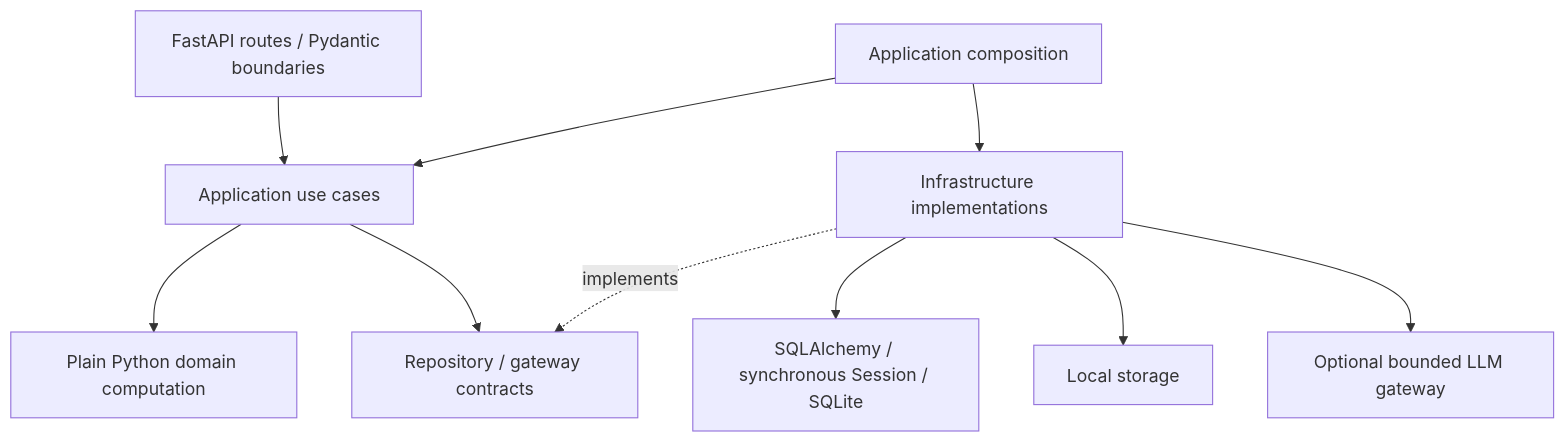
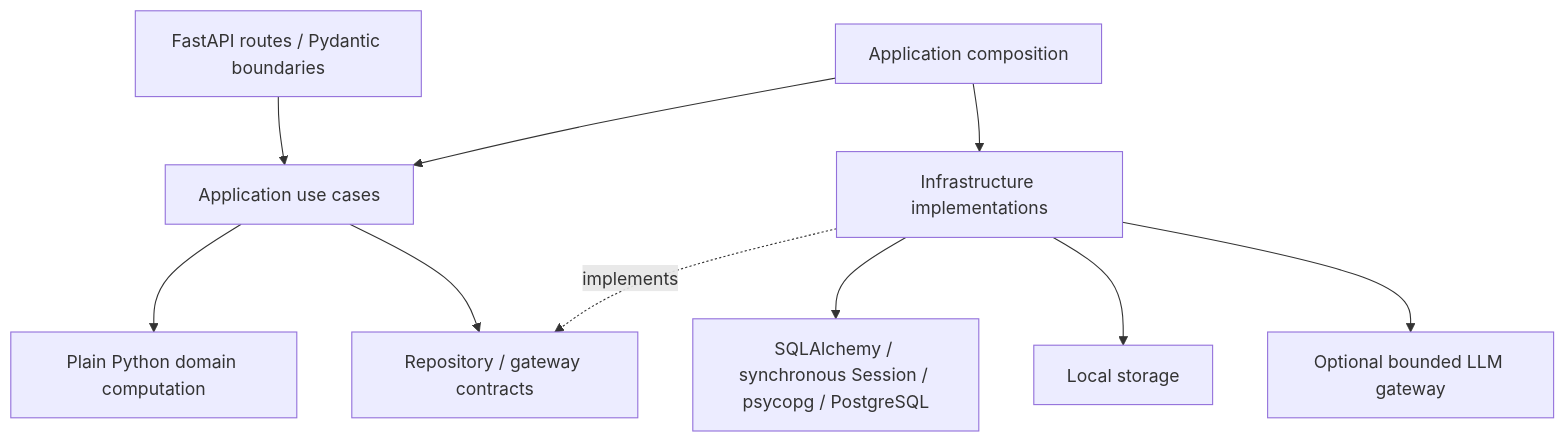
Before and after one commit to trankhanhnamhoccode/MLAI_backend: the second of 4 diagrams in docs/ARCHITECTURE.md, drawn with Mermaid. The commit also changed other lines of this file and 31 other files, not shown here.

Commit message:
refactor(db): changing backend db from SQLite to PostgreSQL

````diff
--- a/docs/ARCHITECTURE.md
+++ b/docs/ARCHITECTURE.md
@@ -29,12 +29,12 @@
 ```mermaid
 flowchart TD
     Route[FastAPI routes / Pydantic boundaries] --> App[Application use cases]
     App --> Domain[Plain Python domain computation]
     App --> Ports[Repository / gateway contracts]
     Infra[Infrastructure implementations] -. implements .-> Ports
     Composition[Application composition] --> Infra
     Composition --> App
-    Infra --> SQLite[SQLAlchemy / synchronous Session / SQLite]
+    Infra --> PostgreSQL[SQLAlchemy / synchronous Session / psycopg / PostgreSQL]
     Infra --> Local[Local storage]
     Infra --> Gateway[Optional bounded LLM gateway]
 ```
````
